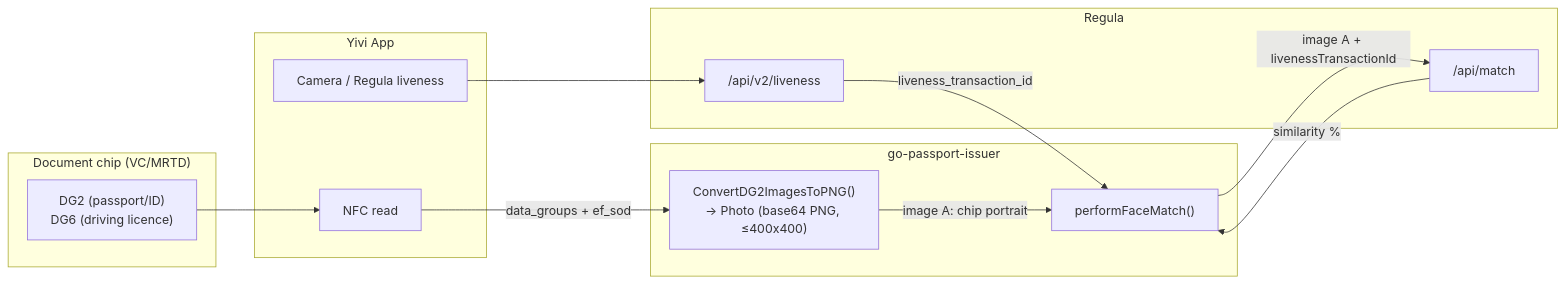
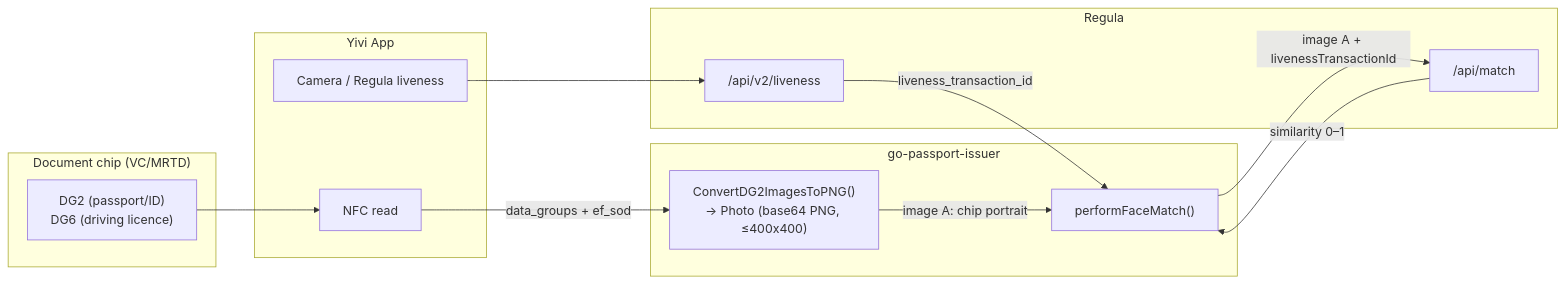
Before and after one commit to privacybydesign/go-passport-issuer: the second of 2 diagrams in docs/face-verification-design.md, drawn with Mermaid. The commit also changed other lines of this file, not shown here.

First line of the commit message:
docs: fix stale type-tag warning and similarity scale in face verification design

````diff
--- a/docs/face-verification-design.md
+++ b/docs/face-verification-design.md
@@ -157,22 +156,22 @@
 ```mermaid
 flowchart LR
     subgraph Chip["Document chip (VC/MRTD)"]
         DG2["DG2 (passport/ID)<br/>DG6 (driving licence)"]
     end
     subgraph Client["Yivi App"]
         NFC["NFC read"]
         CAM["Camera / Regula liveness"]
     end
     subgraph Backend["go-passport-issuer"]
         CONV["ConvertDG2ImagesToPNG()<br/>→ Photo (base64 PNG, ≤400x400)"]
         MATCH["performFaceMatch()"]
     end
     subgraph Regula
         LIV["/api/v2/liveness"]
         API["/api/match"]
     end
 
     DG2 --> NFC --> |data_groups + ef_sod| CONV --> |image A: chip portrait| MATCH
     CAM --> LIV --> |liveness_transaction_id| MATCH
-    MATCH --> |image A + livenessTransactionId| API --> |similarity %| MATCH
+    MATCH --> |image A + livenessTransactionId| API --> |similarity 0–1| MATCH
 ```
````
